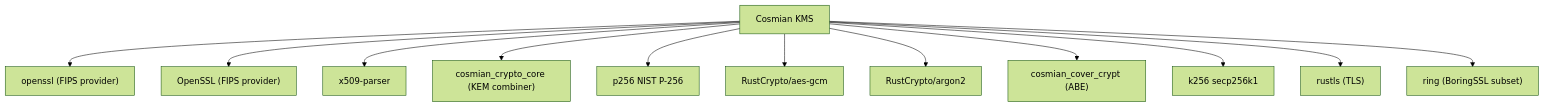
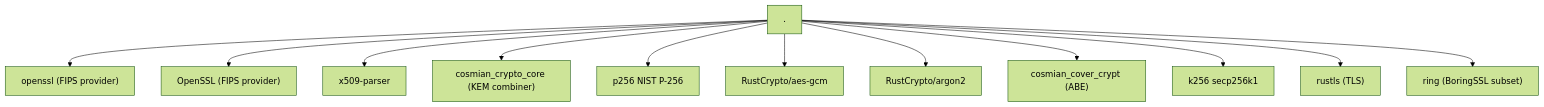
One commit to Cosmian/kms changed the third of 5 diagrams in documentation/docs/certifications_and_compliance/audit/crypto_inventory.md. Above: the diagram before and after it, drawn with Mermaid (forest theme). The commit also changed other lines of this file and 176 other files, not shown here.

````diff
--- a/documentation/docs/certifications_and_compliance/audit/crypto_inventory.md
+++ b/documentation/docs/certifications_and_compliance/audit/crypto_inventory.md
@@ -140,15 +140,15 @@
     ```mermaid
     flowchart TD
-        COSMIAN_KMS["Cosmian KMS"]
-        COSMIAN_KMS --> OPENSSL__FIPS_PROVIDER_["openssl (FIPS provider)"]
-        COSMIAN_KMS --> OPENSSL["OpenSSL (FIPS provider)"]
-        COSMIAN_KMS --> X509_PARSER["x509-parser"]
-        COSMIAN_KMS --> COSMIAN_CRYPTO_CORE["cosmian_crypto_core (KEM combiner)"]
-        COSMIAN_KMS --> P256["p256 NIST P-256"]
-        COSMIAN_KMS --> AES_GCM["RustCrypto/aes-gcm"]
-        COSMIAN_KMS --> ARGON2["RustCrypto/argon2"]
-        COSMIAN_KMS --> COSMIAN_COVER_CRYPT["cosmian_cover_crypt (ABE)"]
-        COSMIAN_KMS --> K256["k256 secp256k1"]
-        COSMIAN_KMS --> RUSTLS["rustls (TLS)"]
-        COSMIAN_KMS --> RING["ring (BoringSSL subset)"]
+        _["."]
+        _ --> OPENSSL__FIPS_PROVIDER_["openssl (FIPS provider)"]
+        _ --> OPENSSL["OpenSSL (FIPS provider)"]
+        _ --> X509_PARSER["x509-parser"]
+        _ --> COSMIAN_CRYPTO_CORE["cosmian_crypto_core (KEM combiner)"]
+        _ --> P256["p256 NIST P-256"]
+        _ --> AES_GCM["RustCrypto/aes-gcm"]
+        _ --> ARGON2["RustCrypto/argon2"]
+        _ --> COSMIAN_COVER_CRYPT["cosmian_cover_crypt (ABE)"]
+        _ --> K256["k256 secp256k1"]
+        _ --> RUSTLS["rustls (TLS)"]
+        _ --> RING["ring (BoringSSL subset)"]
     ```
````
